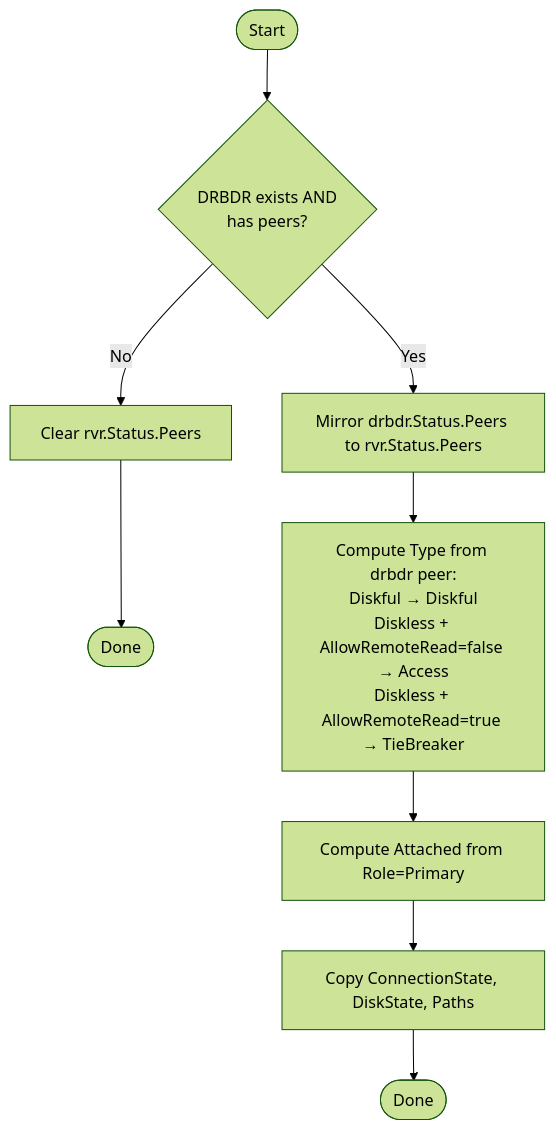
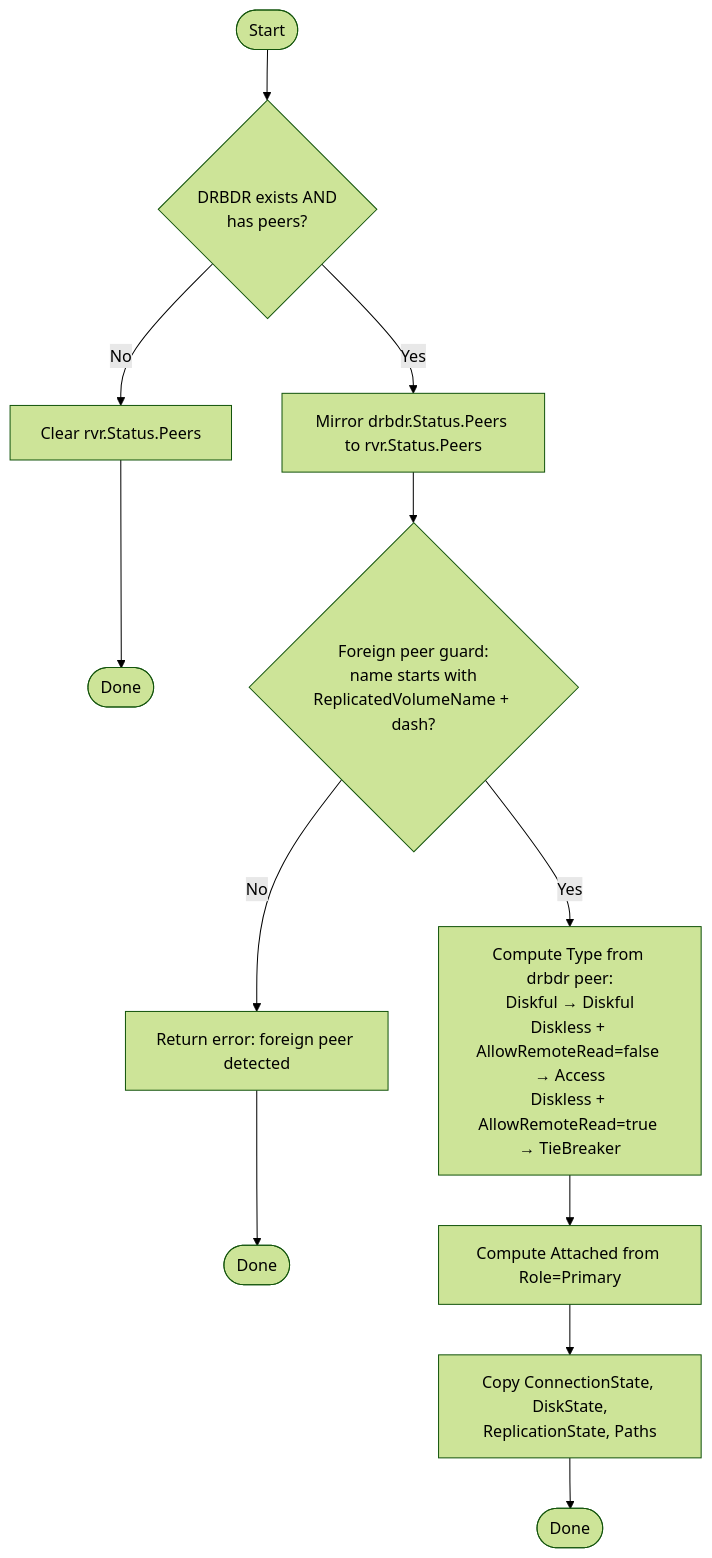
Before and after one commit to deckhouse/sds-replicated-volume: the ninth of 15 diagrams in images/controller/internal/controllers/rvr_controller/README.md, drawn with Mermaid (forest theme). The commit also changed other lines of this file and 20 other files, not shown here.

````diff
--- a/images/controller/internal/controllers/rvr_controller/README.md
+++ b/images/controller/internal/controllers/rvr_controller/README.md
@@ -915,12 +928,15 @@
 ```mermaid
 flowchart TD
     Start([Start]) --> CheckDRBDR{DRBDR exists AND<br/>has peers?}
     CheckDRBDR -->|No| ClearPeers[Clear rvr.Status.Peers]
     ClearPeers --> End1([Done])
 
     CheckDRBDR -->|Yes| MirrorPeers[Mirror drbdr.Status.Peers to rvr.Status.Peers]
-    MirrorPeers --> ComputeType["Compute Type from drbdr peer:<br/>Diskful → Diskful<br/>Diskless + AllowRemoteRead=false → Access<br/>Diskless + AllowRemoteRead=true → TieBreaker"]
+    MirrorPeers --> ForeignGuard{"Foreign peer guard:<br/>name starts with<br/>ReplicatedVolumeName + dash?"}
+    ForeignGuard -->|No| ErrorForeign[Return error: foreign peer detected]
+    ErrorForeign --> End3([Done])
+    ForeignGuard -->|Yes| ComputeType["Compute Type from drbdr peer:<br/>Diskful → Diskful<br/>Diskless + AllowRemoteRead=false → Access<br/>Diskless + AllowRemoteRead=true → TieBreaker"]
     ComputeType --> ComputeAttached[Compute Attached from Role=Primary]
-    ComputeAttached --> CopyFields[Copy ConnectionState, DiskState, Paths]
+    ComputeAttached --> CopyFields["Copy ConnectionState, DiskState,<br/>ReplicationState, Paths"]
     CopyFields --> End2([Done])
 ```
````
